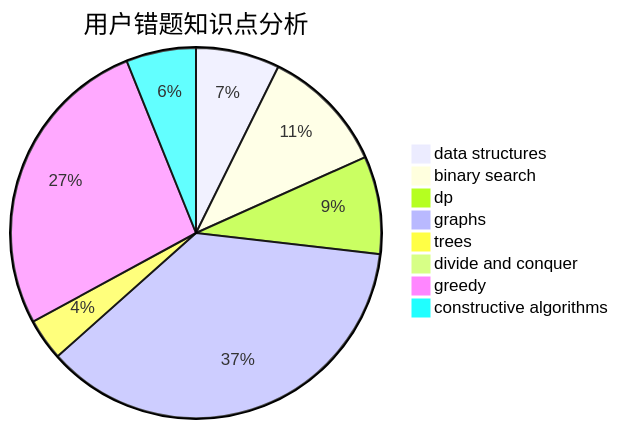
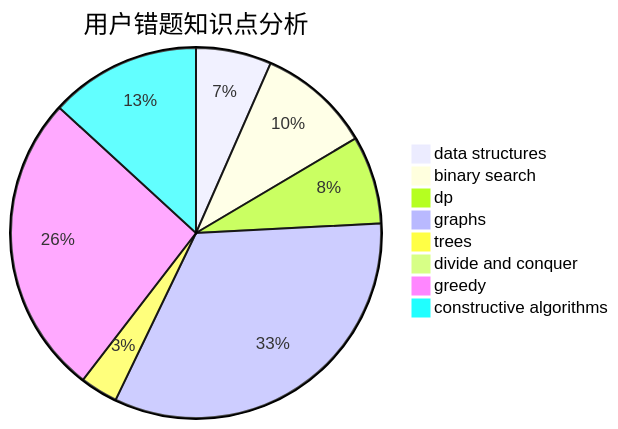
Before and after one commit to sherpahu/cfrs.github.io: the third of 3 diagrams in docs/user/u311.md, drawn with Mermaid. The commit also changed other lines of this file and 2770 other files, not shown here.

````diff
--- a/docs/user/u311.md
+++ b/docs/user/u311.md
@@ -36,11 +36,11 @@
 ```mermaid
 pie title 用户错题知识点分析
     "data structures" :  6
     "binary search" :  9
     "dp" :  7
     "graphs" :  30
     "trees" :  3
     "divide and conquer" :  0
-    "greedy" :  22
-    "constructive algorithms" :  5
+    "greedy" :  24
+    "constructive algorithms" :  12
 ```
````
